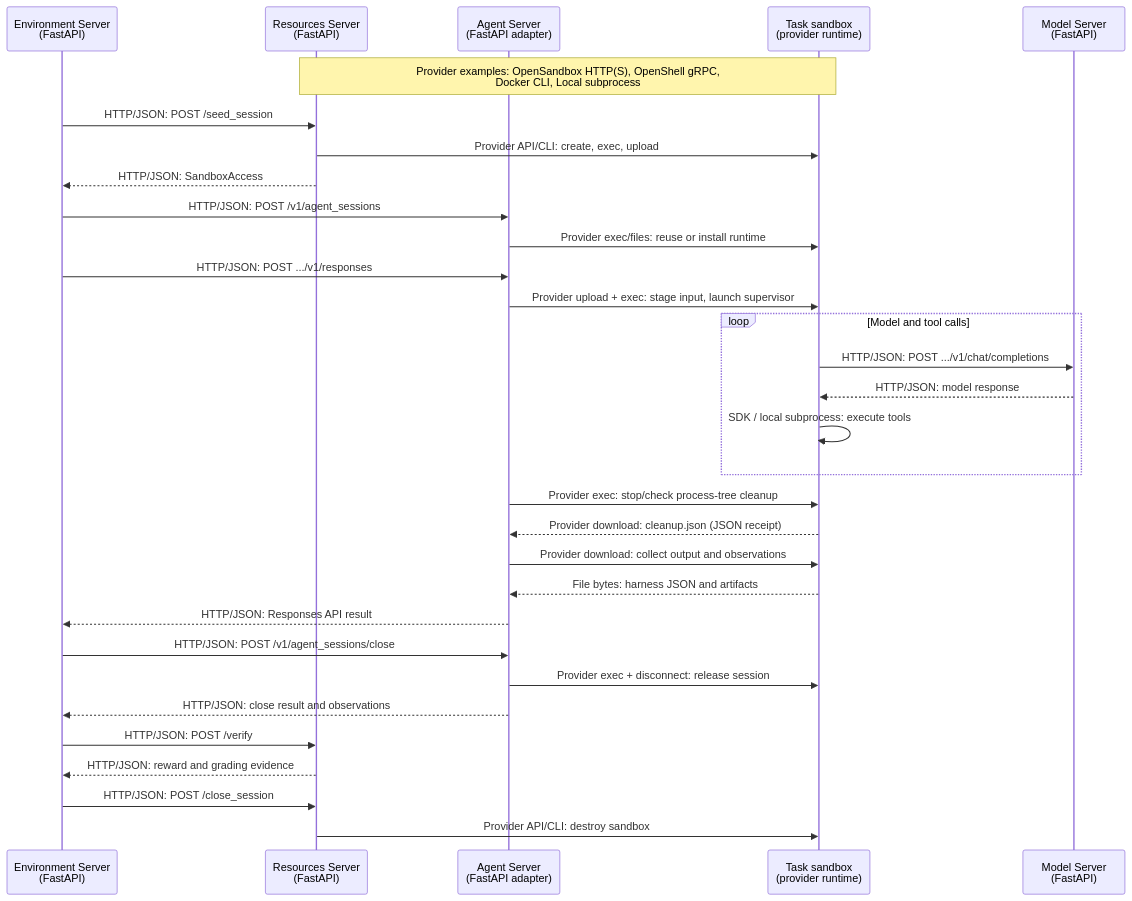
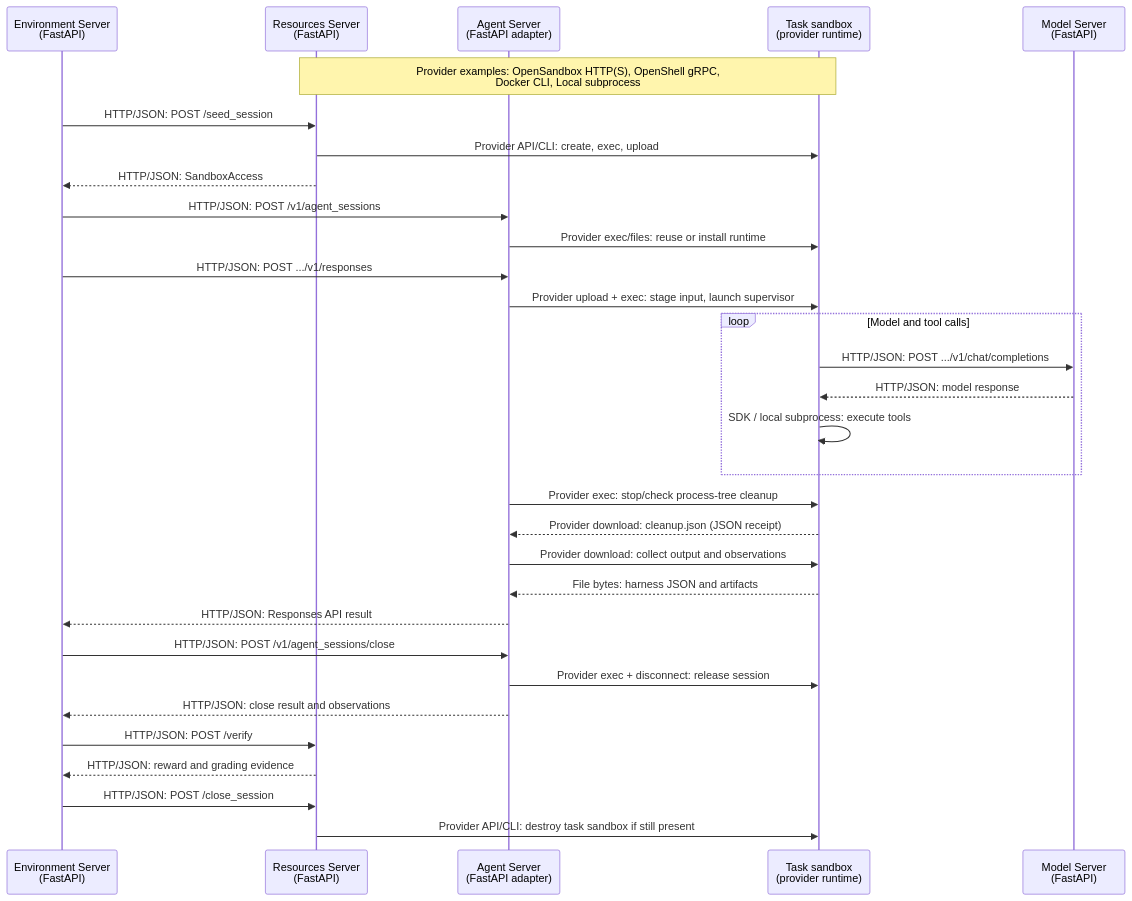
One commit to NVIDIA-NeMo/Gym changed the first of 2 diagrams in fern/versions/latest/pages/agent-server/add-or-update-a-harness.mdx. Above: the diagram before and after it, drawn with Mermaid. The commit also changed other lines of this file, not shown here.

Commit message:
docs(agent): clarify task sandbox lifetime during verification

````diff
--- a/fern/versions/latest/pages/agent-server/add-or-update-a-harness.mdx
+++ b/fern/versions/latest/pages/agent-server/add-or-update-a-harness.mdx
@@ -23,34 +23,34 @@
 ```mermaid
 sequenceDiagram
     participant E as Environment Server<br/>(FastAPI)
     participant R as Resources Server<br/>(FastAPI)
     participant A as Agent Server<br/>(FastAPI adapter)
     participant S as Task sandbox<br/>(provider runtime)
     participant M as Model Server<br/>(FastAPI)
 
     Note over R,S: Provider examples: OpenSandbox HTTP(S), OpenShell gRPC,<br/>Docker CLI, Local subprocess
     E->>R: HTTP/JSON: POST /seed_session
     R->>S: Provider API/CLI: create, exec, upload
     R-->>E: HTTP/JSON: SandboxAccess
     E->>A: HTTP/JSON: POST /v1/agent_sessions
     A->>S: Provider exec/files: reuse or install runtime
     E->>A: HTTP/JSON: POST .../v1/responses
     A->>S: Provider upload + exec: stage input, launch supervisor
     loop Model and tool calls
         S->>M: HTTP/JSON: POST .../v1/chat/completions
         M-->>S: HTTP/JSON: model response
         S->>S: SDK / local subprocess: execute tools
     end
     A->>S: Provider exec: stop/check process-tree cleanup
     S-->>A: Provider download: cleanup.json (JSON receipt)
     A->>S: Provider download: collect output and observations
     S-->>A: File bytes: harness JSON and artifacts
     A-->>E: HTTP/JSON: Responses API result
     E->>A: HTTP/JSON: POST /v1/agent_sessions/close
     A->>S: Provider exec + disconnect: release session
     A-->>E: HTTP/JSON: close result and observations
     E->>R: HTTP/JSON: POST /verify
     R-->>E: HTTP/JSON: reward and grading evidence
     E->>R: HTTP/JSON: POST /close_session
-    R->>S: Provider API/CLI: destroy sandbox
+    R->>S: Provider API/CLI: destroy task sandbox if still present
 ```
````
